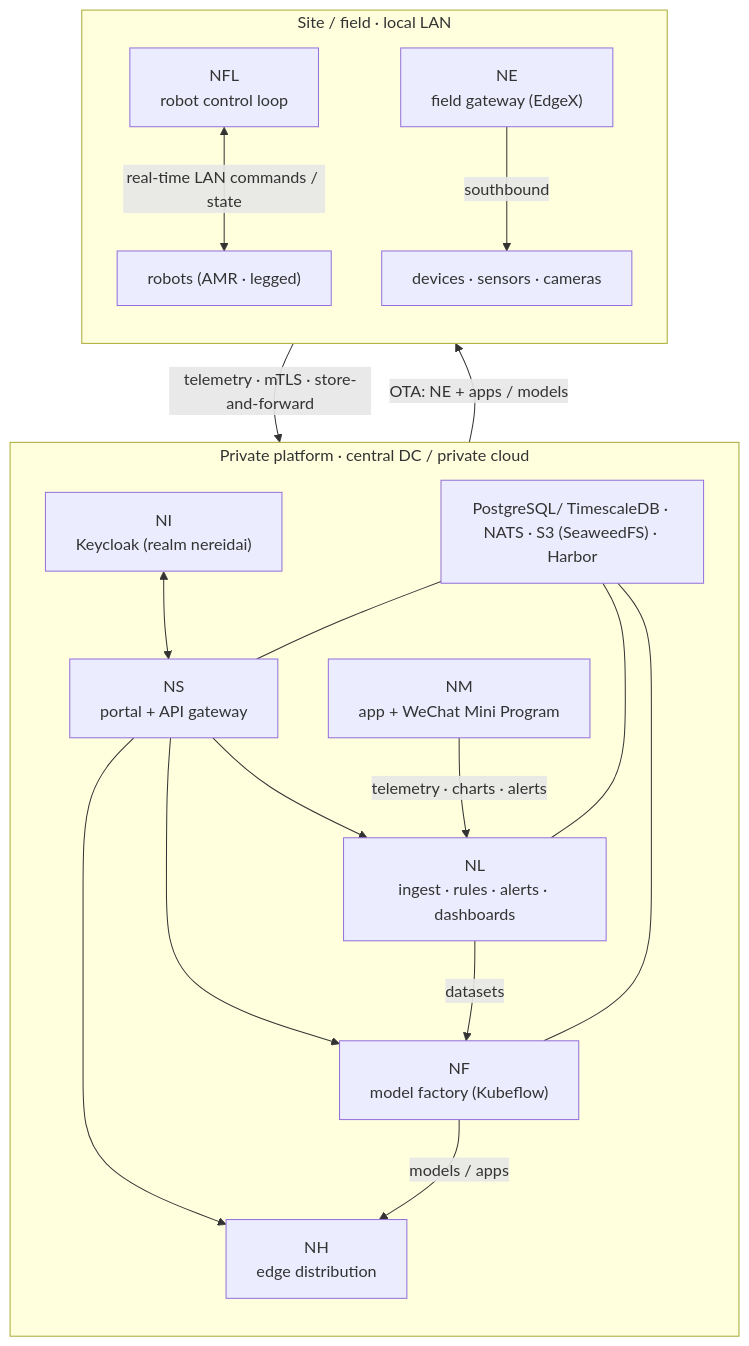
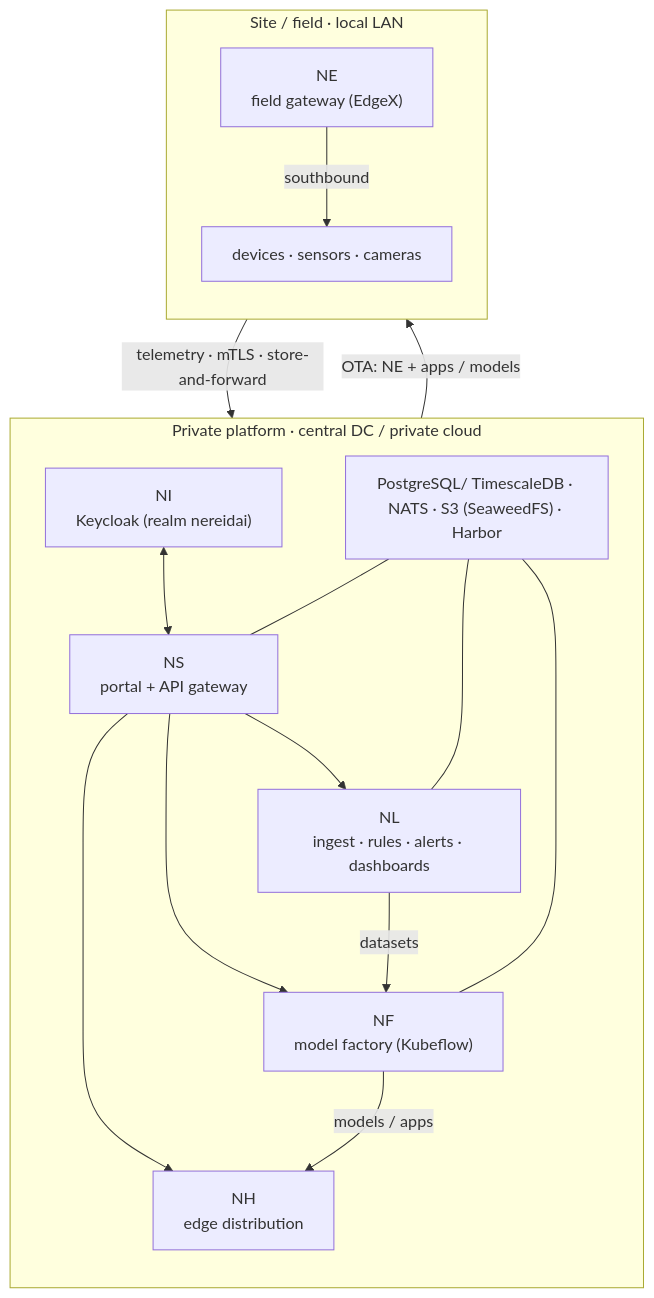
The diagram in docs/en/architecture/topology.md (NereidAI/nereidai.github.io), drawn with Mermaid before and after one commit. The commit also changed other lines of this file and 81 other files, not shown here.

````diff
--- a/docs/en/architecture/topology.md
+++ b/docs/en/architecture/topology.md
@@ -14,36 +14,31 @@
 ```mermaid
 flowchart TB
     subgraph CENTRAL["Private platform · central DC / private cloud"]
         direction TB
         SPHERE["NS\nportal + API gateway"]
         ID["NI\nKeycloak (realm nereidai)"]
         LINKC["NL\ningest · rules · alerts · dashboards"]
         FORGEC["NF\nmodel factory (Kubeflow)"]
         HORIZONC["NH\nedge distribution"]
         INFRA["PostgreSQL/ TimescaleDB · NATS · S3 (SeaweedFS) · Harbor"]
-        MOB["NM\napp + WeChat Mini Program"]
     end
 
     subgraph SITE["Site / field · local LAN"]
         direction TB
         EDGEG["NE\nfield gateway (EdgeX)"]
-        FLEETC["NFL\nrobot control loop"]
         DEVICES["devices · sensors · cameras"]
-        ROBOTS["robots (AMR · legged)"]
     end
 
     SPHERE --> LINKC
     SPHERE --> FORGEC
     SPHERE --> HORIZONC
     ID <--> SPHERE
-    MOB -->|telemetry · charts · alerts| LINKC
     EDGEG -->|telemetry · mTLS · store-and-forward| LINKC
     HORIZONC -->|OTA: NE + apps / models| EDGEG
     LINKC -->|datasets| FORGEC
     FORGEC -->|models / apps| HORIZONC
-    FLEETC <-->|real-time LAN commands / state| ROBOTS
     EDGEG -->|southbound| DEVICES
     INFRA --- LINKC
     INFRA --- FORGEC
     INFRA --- SPHERE
 ```
````
